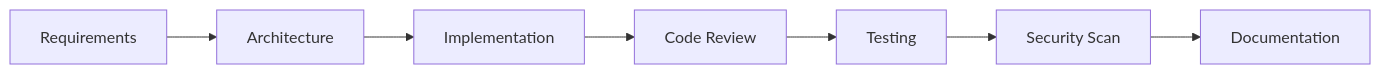
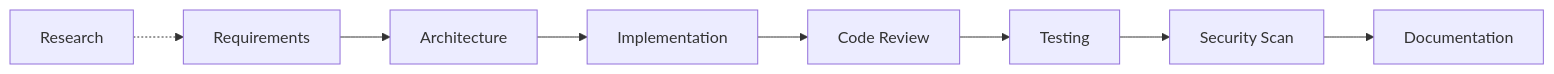
One commit to rik-simform/sdlc-custom-agents-for-co-pilot changed the diagram in .github/agents/sdlc-orchestrator.agent.md. Above: the diagram before and after it, drawn with Mermaid. The commit also changed other lines of this file and 48 other files, not shown here.

````diff
--- a/.github/agents/sdlc-orchestrator.agent.md
+++ b/.github/agents/sdlc-orchestrator.agent.md
@@ -68,9 +68,10 @@
 ```mermaid
 graph LR
-    A[Requirements] --> B[Architecture]
+    R[Research] -.-> A[Requirements]
+    A --> B[Architecture]
     B --> C[Implementation]
     C --> D[Code Review]
     D --> E[Testing]
     E --> F[Security Scan]
     F --> G[Documentation]
 ```
````
